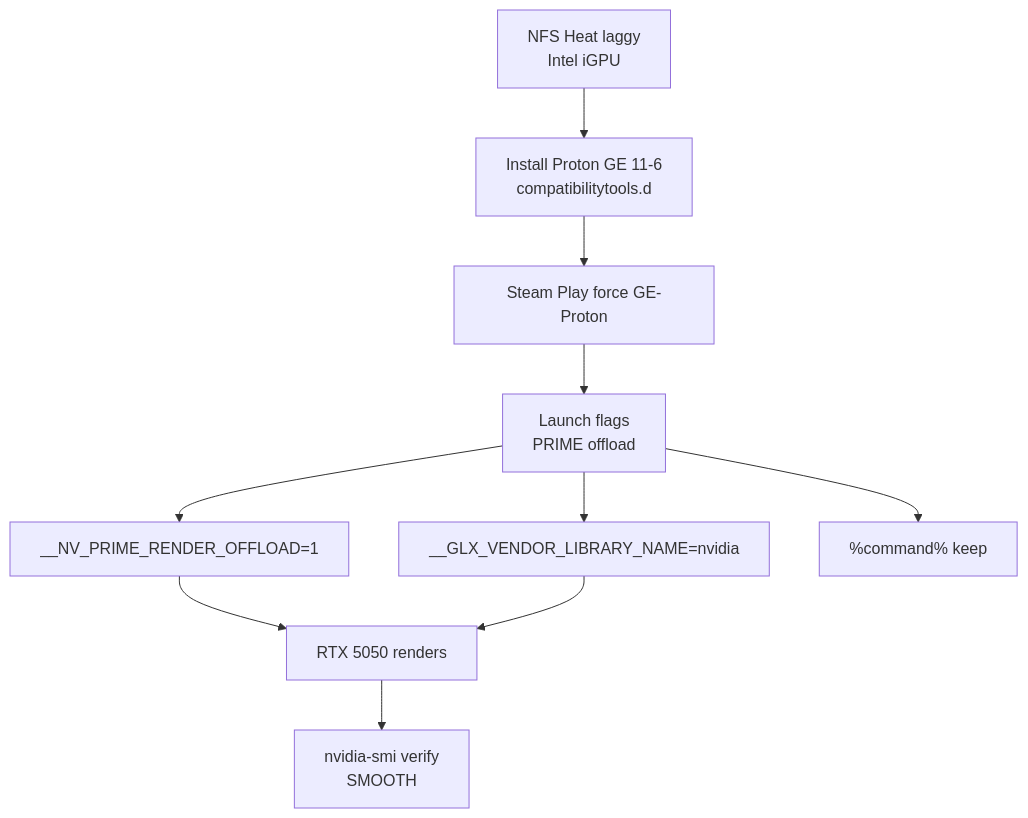
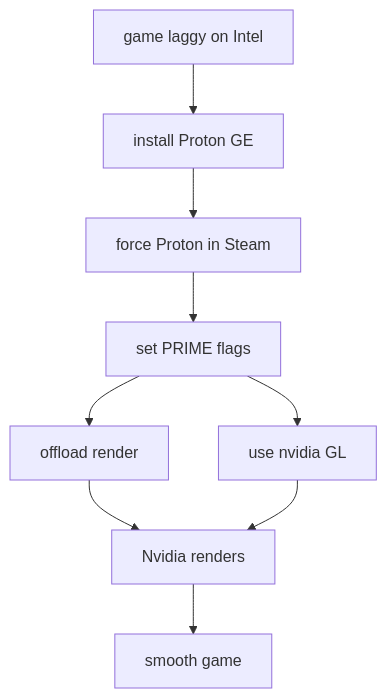
Diagram 11 of 32 in Graph-Web-Atlas.md (444Nazky/My-Vault), drawn with Mermaid before and after one commit. The commit also changed other lines of this file and 8 other files, not shown here.

````diff
--- a/Graph-Web-Atlas.md
+++ b/Graph-Web-Atlas.md
@@ -182,12 +216,11 @@
 ```mermaid
 flowchart TD
-    A[NFS Heat laggy<br/>Intel iGPU] --> B[Install Proton GE 11-6<br/>compatibilitytools.d]
-    B --> C[Steam Play force GE-Proton]
-    C --> D[Launch flags<br/>PRIME offload]
-    D --> E[__NV_PRIME_RENDER_OFFLOAD=1]
-    D --> F[__GLX_VENDOR_LIBRARY_NAME=nvidia]
-    D --> G["%command% keep"]
-    E --> H[RTX 5050 renders]
+    A["game laggy on Intel"] --> B["install Proton GE"]
+    B --> C["force Proton in Steam"]
+    C --> D["set PRIME flags"]
+    D --> E["offload render"]
+    D --> F["use nvidia GL"]
+    E --> H["Nvidia renders"]
     F --> H
-    H --> I[nvidia-smi verify<br/>SMOOTH]
+    H --> I["smooth game"]
 ```
````
